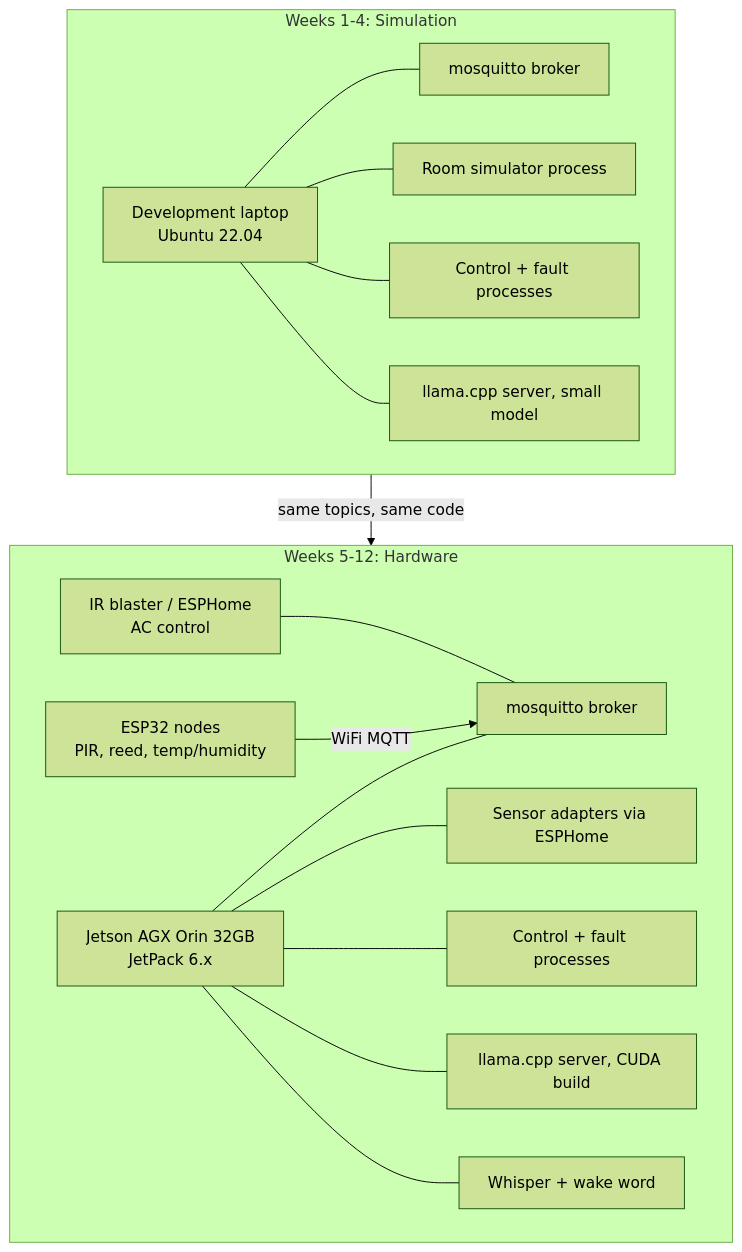
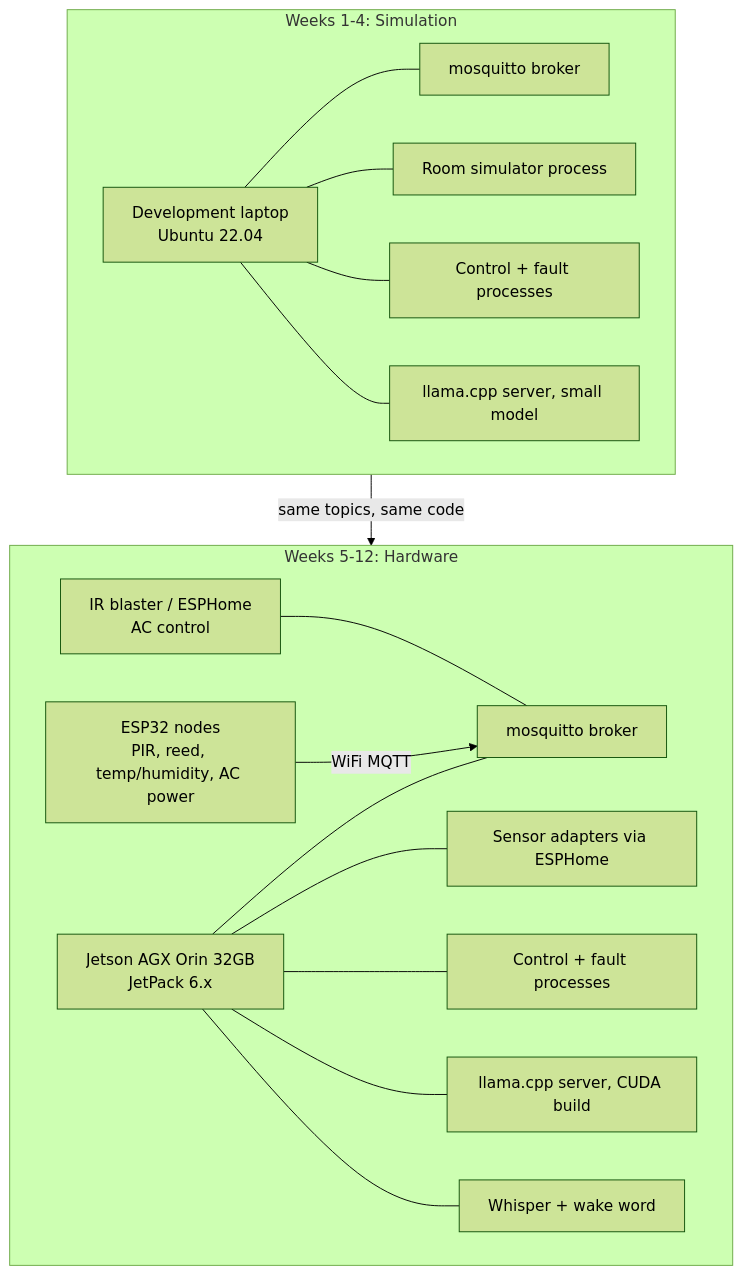
Before and after one commit to udbhav07/edge-smart-space: the fifth of 12 diagrams in docs/DESIGN.md, drawn with Mermaid (forest theme). The commit also changed other lines of this file and 1 other file, not shown here.

````diff
--- a/docs/DESIGN.md
+++ b/docs/DESIGN.md
@@ -412,23 +413,23 @@
 ```mermaid
 flowchart TB
     subgraph PHASE1["Weeks 1-4: Simulation"]
         DEV["Development laptop<br/>Ubuntu 22.04"]
         DEV --- P1["mosquitto broker"]
         DEV --- P2["Room simulator process"]
         DEV --- P3["Control + fault processes"]
         DEV --- P4["llama.cpp server, small model"]
     end
 
     subgraph PHASE2["Weeks 5-12: Hardware"]
         JET["Jetson AGX Orin 32GB<br/>JetPack 6.x"]
         JET --- Q1["mosquitto broker"]
         JET --- Q2["Sensor adapters via ESPHome"]
         JET --- Q3["Control + fault processes"]
         JET --- Q4["llama.cpp server, CUDA build"]
         JET --- Q5["Whisper + wake word"]
-        ESP["ESP32 nodes<br/>PIR, reed, temp/humidity"] -->|WiFi MQTT| Q1
+        ESP["ESP32 nodes<br/>PIR, reed, temp/humidity, AC power"] -->|WiFi MQTT| Q1
         IR["IR blaster / ESPHome<br/>AC control"] --- Q1
     end
 
     PHASE1 -->|"same topics, same code"| PHASE2
 ```
````
